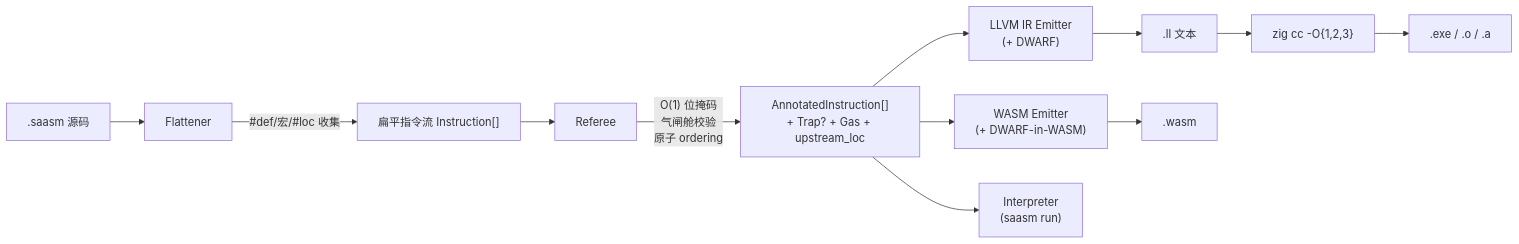
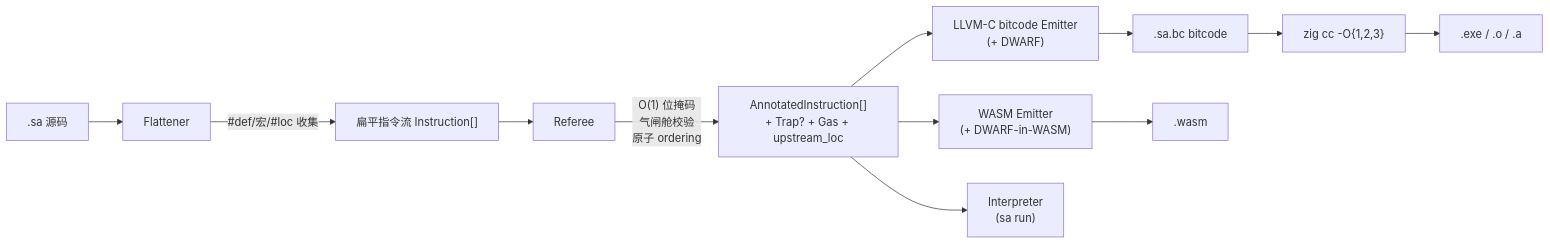
Before and after one commit to layola13/sci: the first of 3 diagrams in .kiro/specs/sa-asm-language/design.md, drawn with Mermaid. The commit also changed other lines of this file and 70 other files, not shown here.

````diff
--- a/.kiro/specs/sa-asm-language/design.md
+++ b/.kiro/specs/sa-asm-language/design.md
@@ -32,14 +32,14 @@
 ```mermaid
 flowchart LR
-    A[".saasm 源码"] --> B["Flattener"]
+    A[".sa 源码"] --> B["Flattener"]
     B -->|"#def/宏/#loc 收集"| C["扁平指令流 Instruction[]"]
     C --> D["Referee"]
     D -->|"O(1) 位掩码<br/>气闸舱校验<br/>原子 ordering"| E["AnnotatedInstruction[]<br/>+ Trap? + Gas + upstream_loc"]
-    E --> F1["LLVM IR Emitter<br/>(+ DWARF)"]
+    E --> F1["LLVM-C bitcode Emitter<br/>(+ DWARF)"]
     E --> F2["WASM Emitter<br/>(+ DWARF-in-WASM)"]
-    E --> F3["Interpreter<br/>(saasm run)"]
-    F1 --> G1[".ll 文本"]
+    E --> F3["Interpreter<br/>(sa run)"]
+    F1 --> G1[".sa.bc bitcode"]
     G1 --> H1["zig cc -O{1,2,3}"]
     F2 --> G2[".wasm"]
     H1 --> I1[".exe / .o / .a"]
 ```
````
